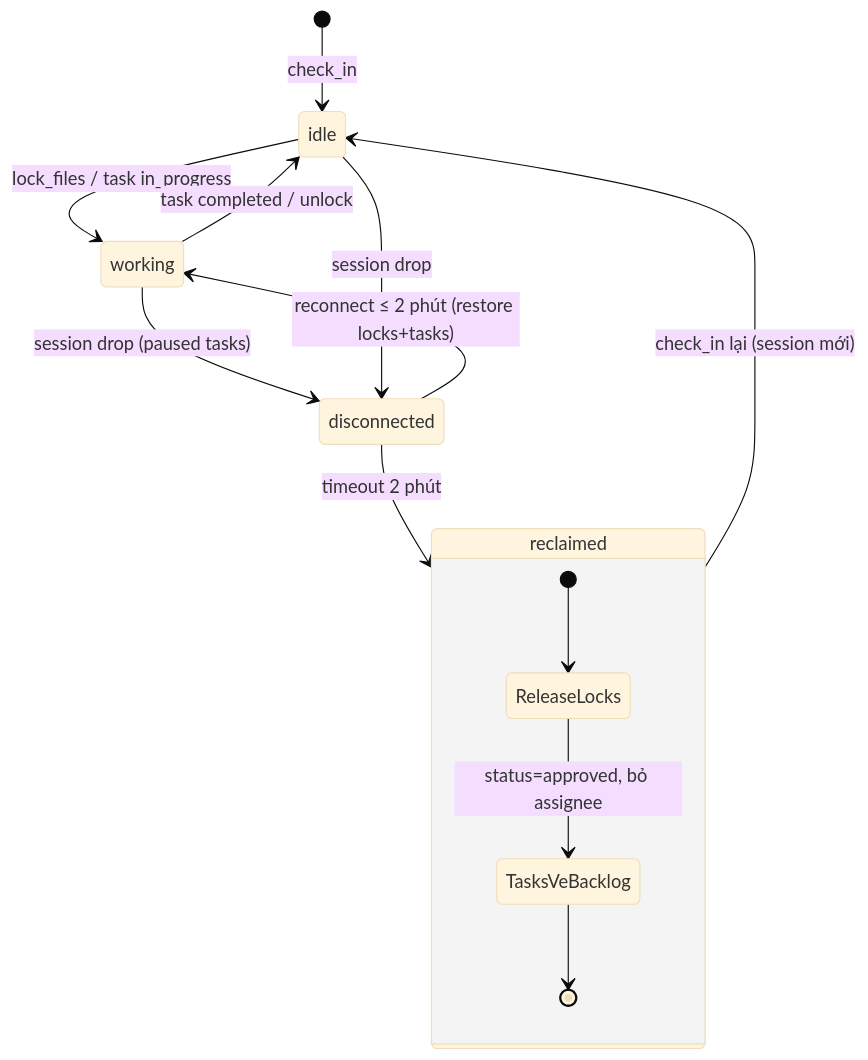
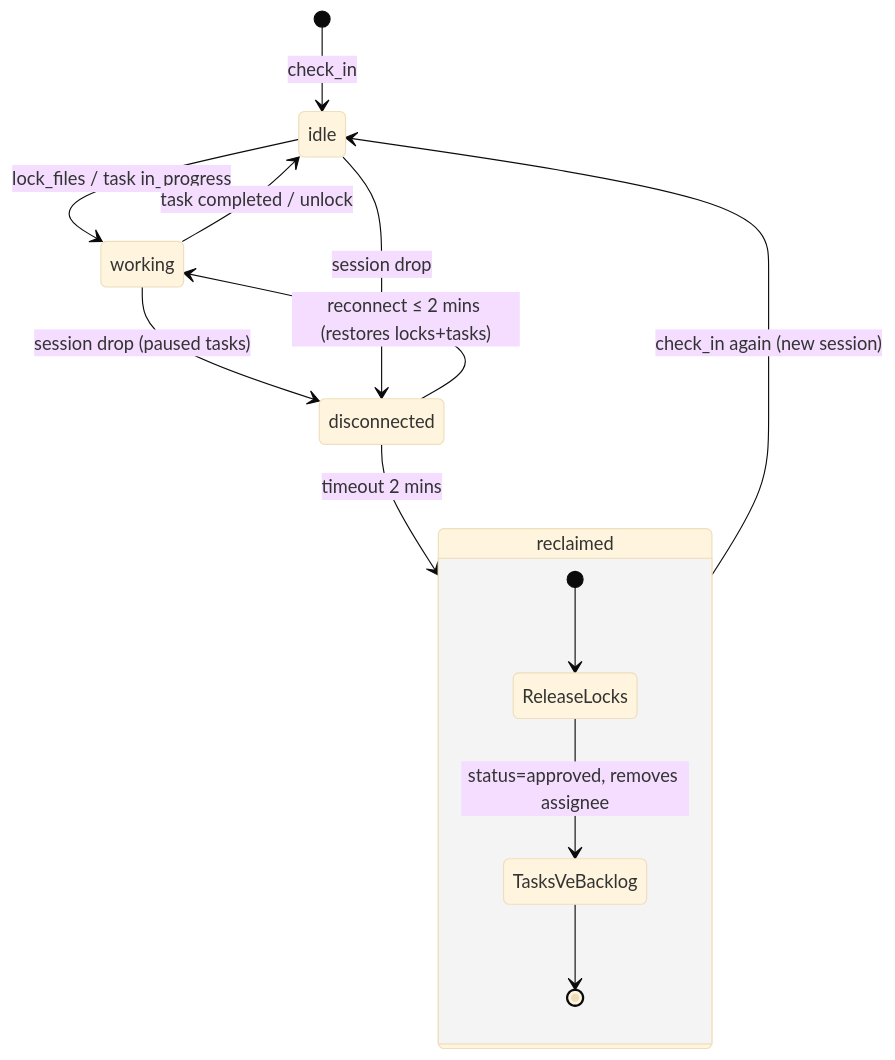
One commit to hiimtrung/co-force changed the seventh of 7 diagrams in docs/architecture.md. Above: the diagram before and after it, drawn with Mermaid (base theme). The commit also changed other lines of this file and 17 other files, not shown here.

````diff
--- a/docs/architecture.md
+++ b/docs/architecture.md
@@ -490,16 +490,16 @@
 ```mermaid
 stateDiagram-v2
     [*] --> idle: check_in
     idle --> working: lock_files / task in_progress
     working --> idle: task completed / unlock
     working --> disconnected: session drop (paused tasks)
     idle --> disconnected: session drop
-    disconnected --> working: reconnect ≤ 2 phút (restore locks+tasks)
-    disconnected --> reclaimed: timeout 2 phút
+    disconnected --> working: reconnect ≤ 2 mins (restores locks+tasks)
+    disconnected --> reclaimed: timeout 2 mins
     state reclaimed {
         [*] --> ReleaseLocks
-        ReleaseLocks --> TasksVeBacklog: status=approved, bỏ assignee
+        ReleaseLocks --> TasksVeBacklog: status=approved, removes assignee
         TasksVeBacklog --> [*]
     }
-    reclaimed --> idle: check_in lại (session mới)
+    reclaimed --> idle: check_in again (new session)
 ```
````
